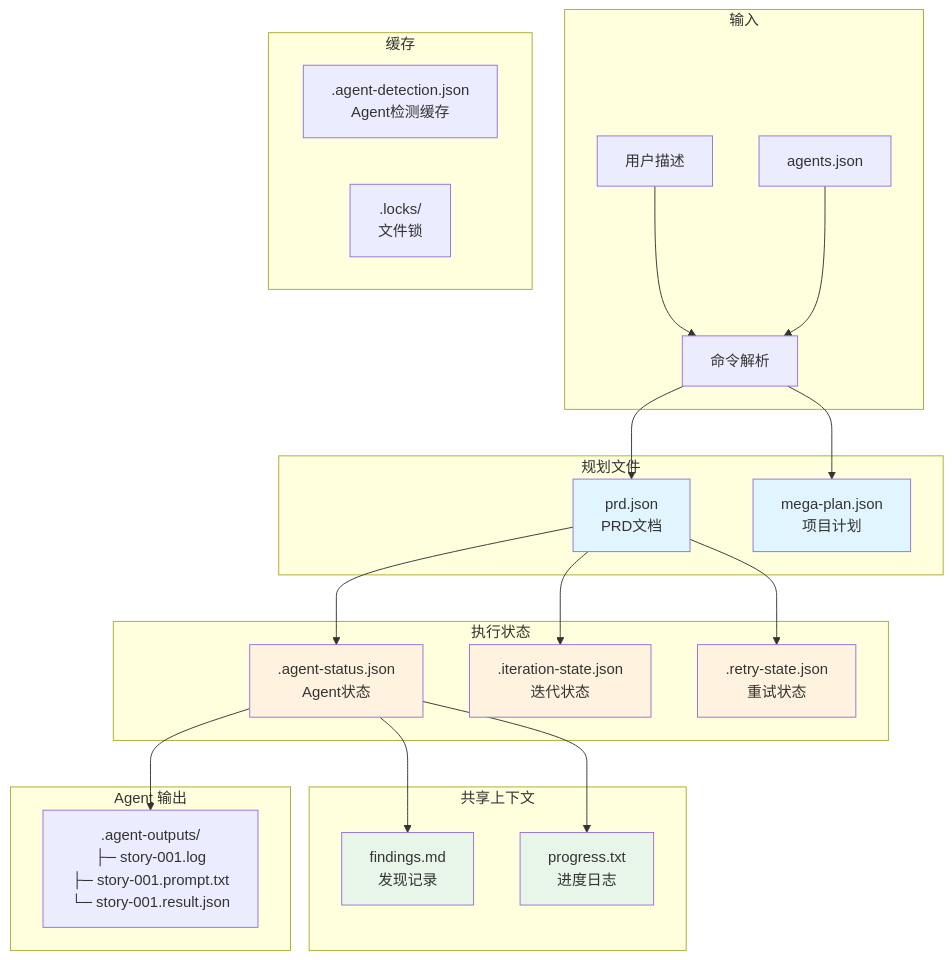
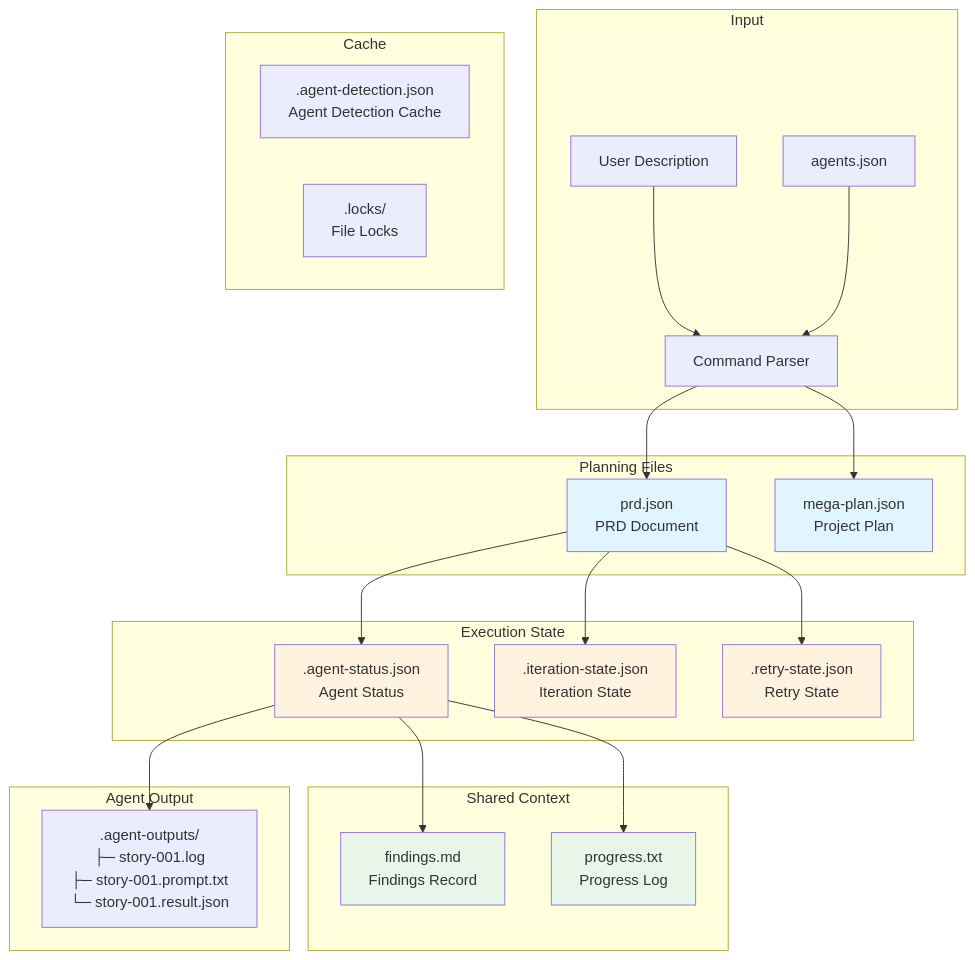
The eighth of 8 diagrams in docs/System-Architecture.md (Taoidle/plan-cascade), drawn with Mermaid before and after one commit. The commit also changed other lines of this file and 13 other files, not shown here.

````diff
--- a/docs/System-Architecture.md
+++ b/docs/System-Architecture.md
@@ -481,40 +483,40 @@
 ```mermaid
 graph TB
-    subgraph "输入"
-        U[用户描述] --> CMD[命令解析]
+    subgraph "Input"
+        U[User Description] --> CMD[Command Parser]
         CFG[agents.json] --> CMD
     end
 
-    subgraph "规划文件"
-        CMD --> PRD[prd.json<br/>PRD文档]
-        CMD --> MP[mega-plan.json<br/>项目计划]
+    subgraph "Planning Files"
+        CMD --> PRD[prd.json<br/>PRD Document]
+        CMD --> MP[mega-plan.json<br/>Project Plan]
     end
 
-    subgraph "执行状态"
-        PRD --> AS[.agent-status.json<br/>Agent状态]
-        PRD --> IS[.iteration-state.json<br/>迭代状态]
-        PRD --> RS[.retry-state.json<br/>重试状态]
+    subgraph "Execution State"
+        PRD --> AS[.agent-status.json<br/>Agent Status]
+        PRD --> IS[.iteration-state.json<br/>Iteration State]
+        PRD --> RS[.retry-state.json<br/>Retry State]
     end
 
-    subgraph "共享上下文"
-        AS --> FD[findings.md<br/>发现记录]
-        AS --> PG[progress.txt<br/>进度日志]
+    subgraph "Shared Context"
+        AS --> FD[findings.md<br/>Findings Record]
+        AS --> PG[progress.txt<br/>Progress Log]
     end
 
-    subgraph "Agent 输出"
+    subgraph "Agent Output"
         AS --> AO[.agent-outputs/<br/>├─ story-001.log<br/>├─ story-001.prompt.txt<br/>└─ story-001.result.json]
     end
 
-    subgraph "缓存"
-        AD[.agent-detection.json<br/>Agent检测缓存]
-        LK[.locks/<br/>文件锁]
+    subgraph "Cache"
+        AD[.agent-detection.json<br/>Agent Detection Cache]
+        LK[.locks/<br/>File Locks]
     end
 
     style PRD fill:#e1f5fe
     style MP fill:#e1f5fe
     style AS fill:#fff3e0
     style IS fill:#fff3e0
     style RS fill:#fff3e0
     style FD fill:#e8f5e9
     style PG fill:#e8f5e9
 ```
````
